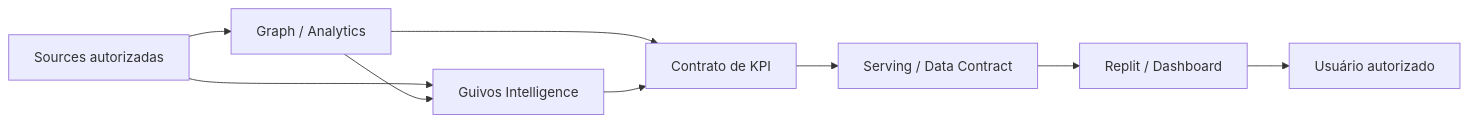
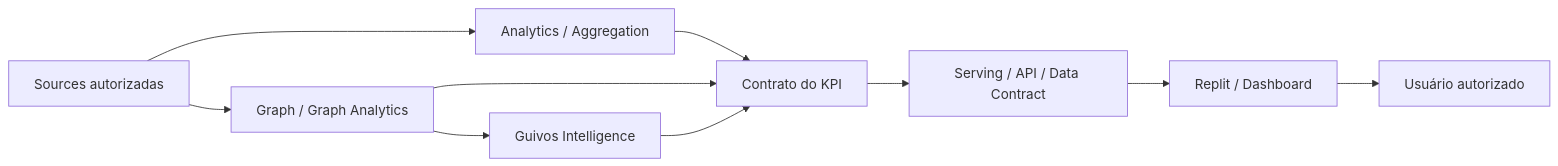
The diagram in docs/intelligence-architecture/dashboards-kpis-analytics-master-specification.md (guivos-repositorio/Guivos-Knowledge-Repository), drawn with Mermaid before and after one commit. The commit also changed other lines of this file, not shown here.

Commit message:
GKR: evolve dashboard KPI master for specialized Replit handoffs

````diff
--- a/docs/intelligence-architecture/dashboards-kpis-analytics-master-specification.md
+++ b/docs/intelligence-architecture/dashboards-kpis-analytics-master-specification.md
@@ -556,19 +345,21 @@
 ```mermaid
 flowchart LR
     S[Sources autorizadas]
-    G[Graph / Analytics]
+    A[Analytics / Aggregation]
+    G[Graph / Graph Analytics]
     I[Guivos Intelligence]
-    C[Contrato de KPI]
-    V[Serving / Data Contract]
+    K[Contrato do KPI]
+    V[Serving / API / Data Contract]
     R[Replit / Dashboard]
     U[Usuário autorizado]
 
+    S --> A
     S --> G
-    S --> I
+    A --> K
+    G --> K
     G --> I
-    G --> C
-    I --> C
-    C --> V
+    I --> K
+    K --> V
     V --> R
     R --> U
 ```
````
